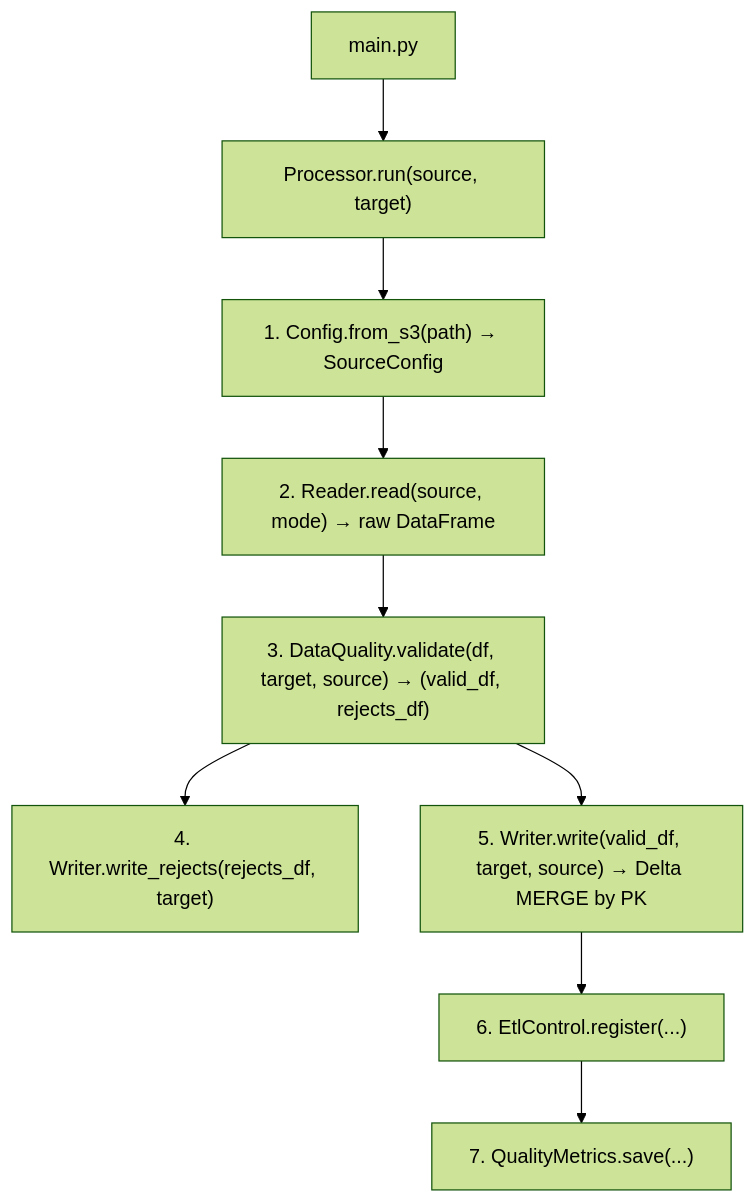
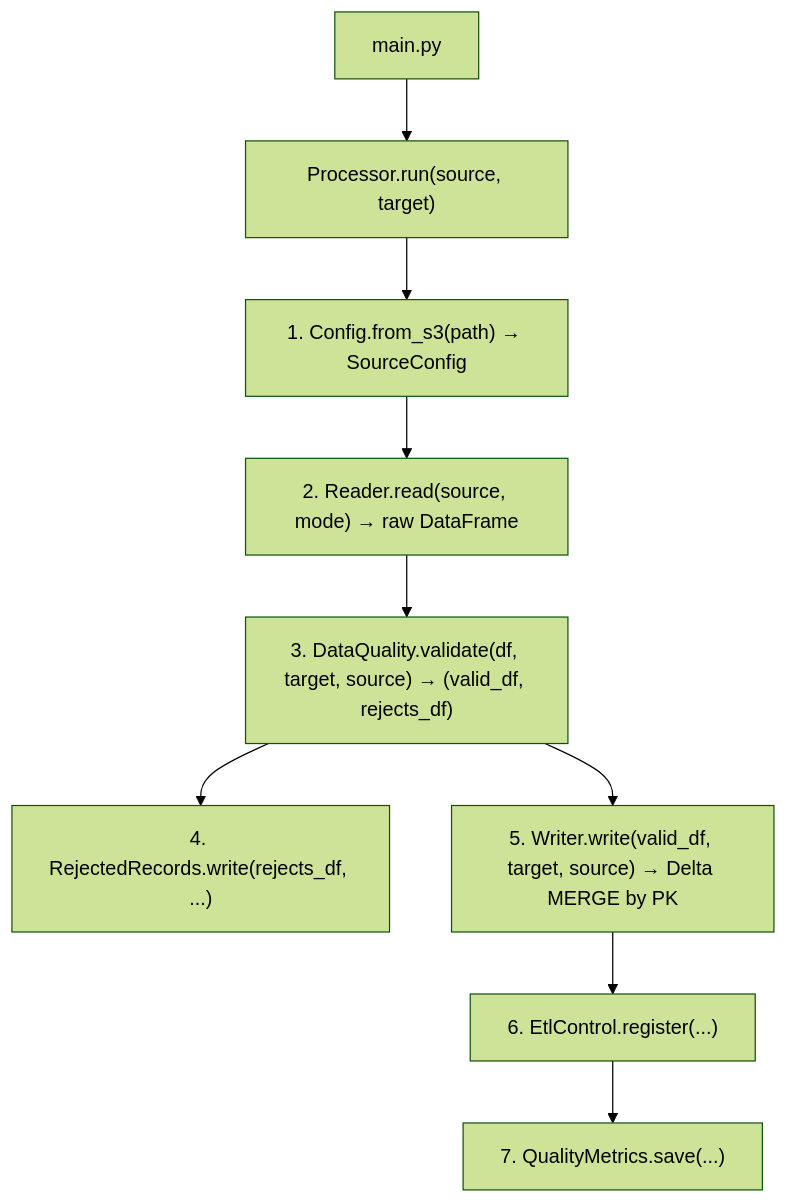
The diagram in docs-sdd/feature.md (jamilvilela/aws-streaming-flight-radar-glue), drawn with Mermaid (forest theme) before and after one commit. The commit also changed other lines of this file and 27 other files, not shown here.

````diff
--- a/docs-sdd/feature.md
+++ b/docs-sdd/feature.md
@@ -135,21 +148,21 @@
 ```mermaid
 flowchart TD
     MAIN["main.py"]
     PROC["Processor.run(source, target)"]
     CONFIG["1. Config.from_s3(path) → SourceConfig"]
     READER["2. Reader.read(source, mode) → raw DataFrame"]
     DQ["3. DataQuality.validate(df, target, source) → (valid_df, rejects_df)"]
-    REJ["4. Writer.write_rejects(rejects_df, target)"]
+    REJ["4. RejectedRecords.write(rejects_df, ...)"]
     WRITE["5. Writer.write(valid_df, target, source) → Delta MERGE by PK"]
     ETL["6. EtlControl.register(...)"]
     QM["7. QualityMetrics.save(...)"]
 
     MAIN --> PROC
     PROC --> CONFIG
     CONFIG --> READER
     READER --> DQ
     DQ --> REJ
     DQ --> WRITE
     WRITE --> ETL
     ETL --> QM
 ```
````
